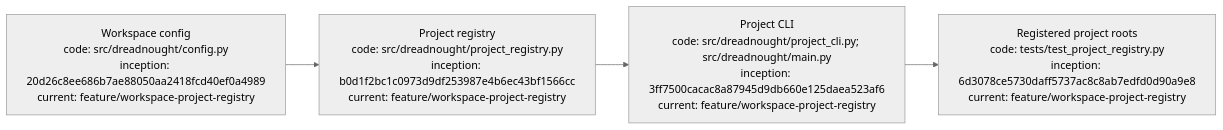
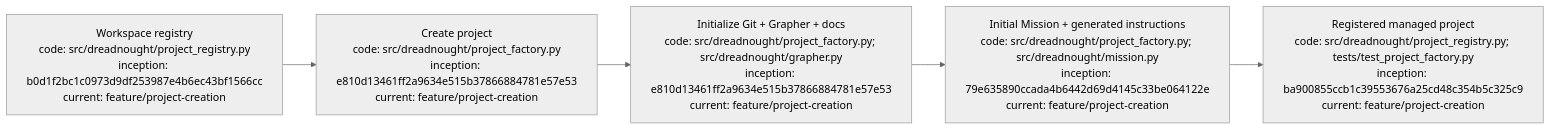
Before and after one commit to seanbman/dreadnought: the diagram in docs/PROJECTS.md, drawn with Mermaid (neutral theme). The commit also changed other lines of this file, not shown here.

Commit message:
docs: add project creation workflow

````diff
--- a/docs/PROJECTS.md
+++ b/docs/PROJECTS.md
@@ -41,6 +77,7 @@
 ```mermaid
 flowchart LR
-    W["Workspace config\ncode: src/dreadnought/config.py\ninception: 20d26c8ee686b7ae88050aa2418fcd40ef0a4989\ncurrent: feature/workspace-project-registry"] --> R["Project registry\ncode: src/dreadnought/project_registry.py\ninception: b0d1f2bc1c0973d9df253987e4b6ec43bf1566cc\ncurrent: feature/workspace-project-registry"]
-    R --> C["Project CLI\ncode: src/dreadnought/project_cli.py; src/dreadnought/main.py\ninception: 3ff7500cacac8a87945d9db660e125daea523af6\ncurrent: feature/workspace-project-registry"]
-    C --> P["Registered project roots\ncode: tests/test_project_registry.py\ninception: 6d3078ce5730daff5737ac8c8ab7edfd0d90a9e8\ncurrent: feature/workspace-project-registry"]
+    W["Workspace registry\ncode: src/dreadnought/project_registry.py\ninception: b0d1f2bc1c0973d9df253987e4b6ec43bf1566cc\ncurrent: feature/project-creation"] --> C["Create project\ncode: src/dreadnought/project_factory.py\ninception: e810d13461ff2a9634e515b37866884781e57e53\ncurrent: feature/project-creation"]
+    C --> G["Initialize Git + Grapher + docs\ncode: src/dreadnought/project_factory.py; src/dreadnought/grapher.py\ninception: e810d13461ff2a9634e515b37866884781e57e53\ncurrent: feature/project-creation"]
+    G --> M["Initial Mission + generated instructions\ncode: src/dreadnought/project_factory.py; src/dreadnought/mission.py\ninception: 79e635890ccada4b6442d69d4145c33be064122e\ncurrent: feature/project-creation"]
+    M --> R["Registered managed project\ncode: src/dreadnought/project_registry.py; tests/test_project_factory.py\ninception: ba900855ccb1c39553676a25cd48c354b5c325c9\ncurrent: feature/project-creation"]
 ```
````
